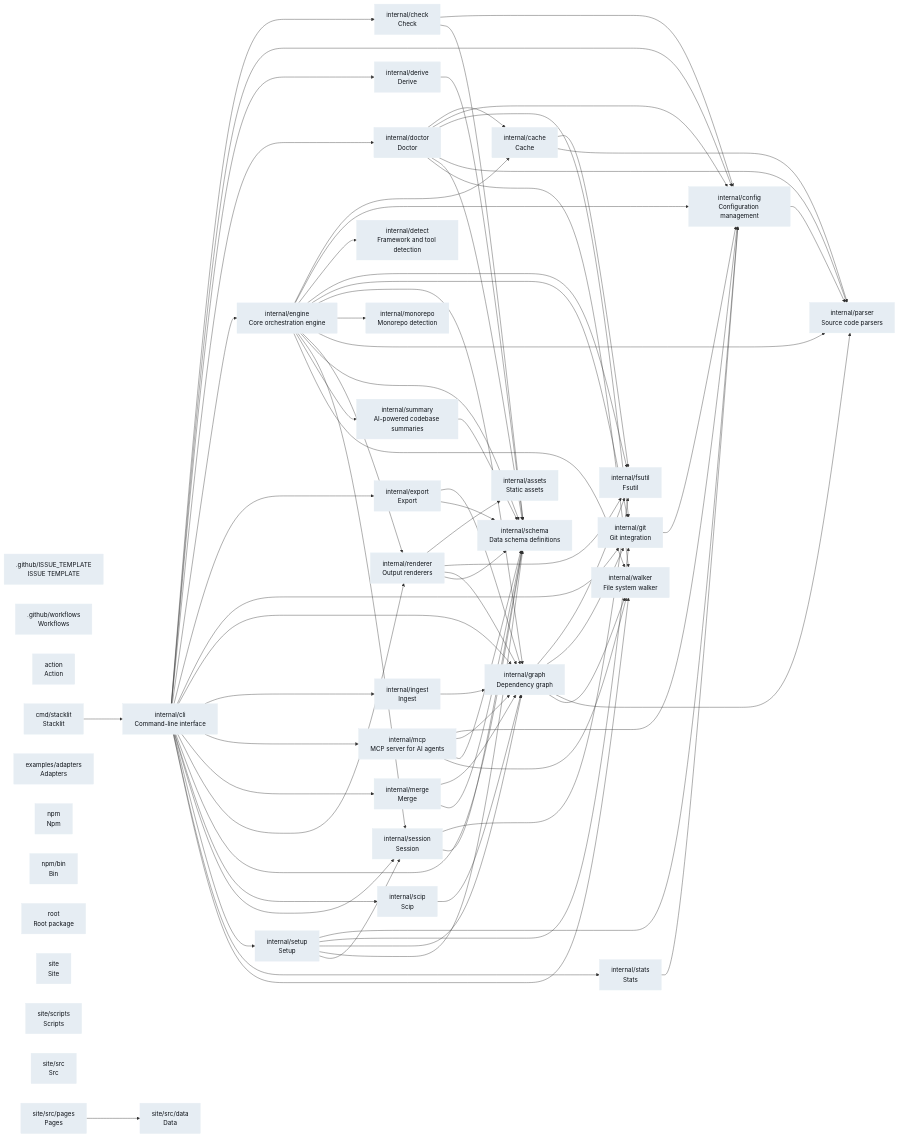
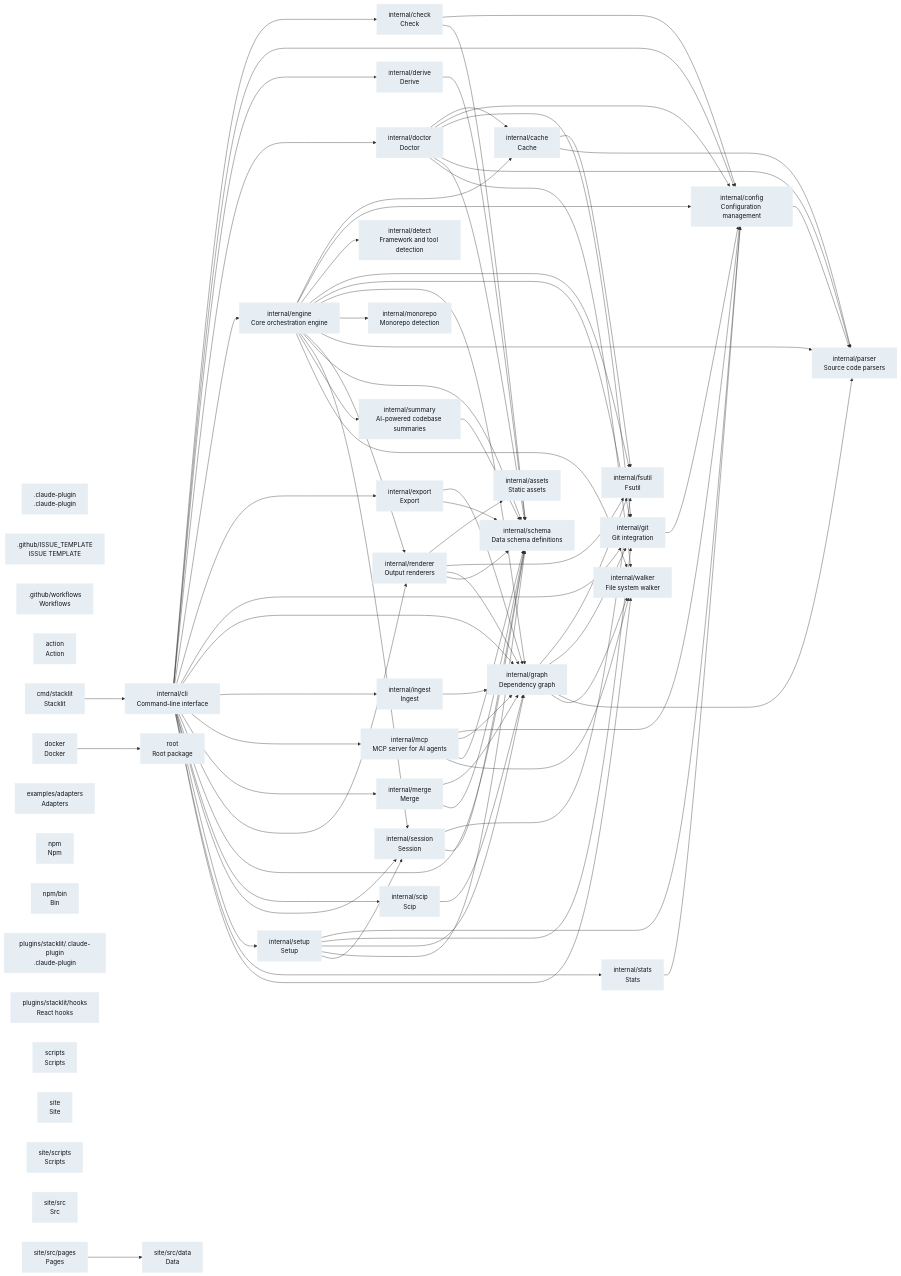
The diagram in docs/DEPENDENCIES.md (glincker/stacklit), drawn with Mermaid before and after one commit. The commit also changed 1 other file, not shown here.

Commit message:
chore: update stacklit index

```diff
--- a/docs/DEPENDENCIES.md
+++ b/docs/DEPENDENCIES.md
@@ -19,10 +19,12 @@
   classDef scala fill:#8b949e,color:#0d1117,stroke:#8b949e
   classDef swift fill:#8b949e,color:#0d1117,stroke:#8b949e
   classDef typescript fill:#c9d1d9,color:#0d1117,stroke:#c9d1d9
+  claude_plugin[".claude-plugin<br/>.claude-plugin"]:::go
   github_ISSUE_TEMPLATE[".github/ISSUE_TEMPLATE<br/>ISSUE TEMPLATE"]:::go
   github_workflows[".github/workflows<br/>Workflows"]:::go
   action["action<br/>Action"]:::go
   cmd_stacklit["cmd/stacklit<br/>Stacklit"]:::go
+  docker["docker<br/>Docker"]:::go
   examples_adapters["examples/adapters<br/>Adapters"]:::go
   internal_assets["internal/assets<br/>Static assets"]:::go
   internal_cache["internal/cache<br/>Cache"]:::go
@@ -52,13 +54,17 @@
   internal_walker["internal/walker<br/>File system walker"]:::go
   npm["npm<br/>Npm"]:::go
   npm_bin["npm/bin<br/>Bin"]:::go
+  plugins_stacklit_claude_plugin["plugins/stacklit/.claude-plugin<br/>.claude-plugin"]:::go
+  plugins_stacklit_hooks["plugins/stacklit/hooks<br/>React hooks"]:::go
   root["root<br/>Root package"]:::go
+  scripts["scripts<br/>Scripts"]:::go
   site["site<br/>Site"]:::go
   site_scripts["site/scripts<br/>Scripts"]:::go
   site_src["site/src<br/>Src"]:::go
   site_src_data["site/src/data<br/>Data"]:::go
   site_src_pages["site/src/pages<br/>Pages"]:::go
   cmd_stacklit --> internal_cli
+  docker --> root
   internal_cache --> internal_fsutil
   internal_cache --> internal_parser
   internal_check --> internal_config
```
